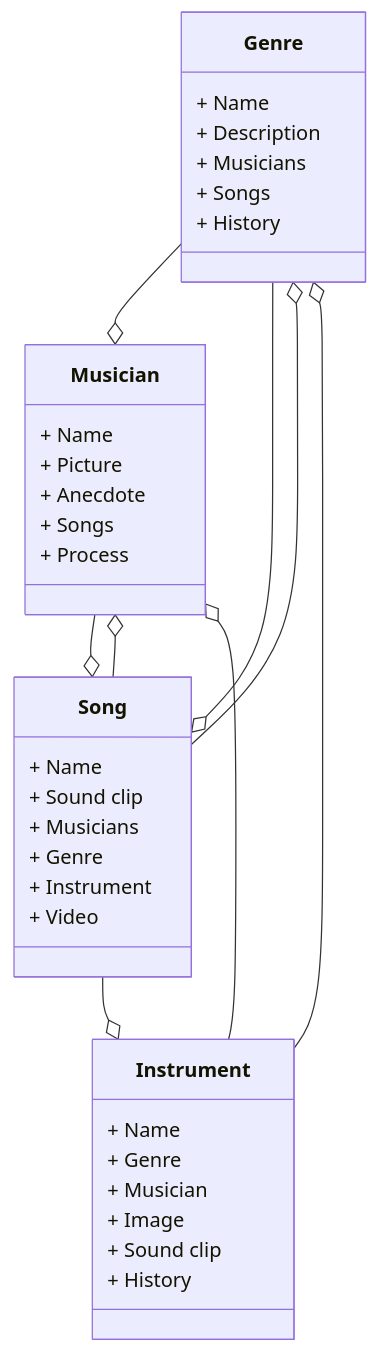
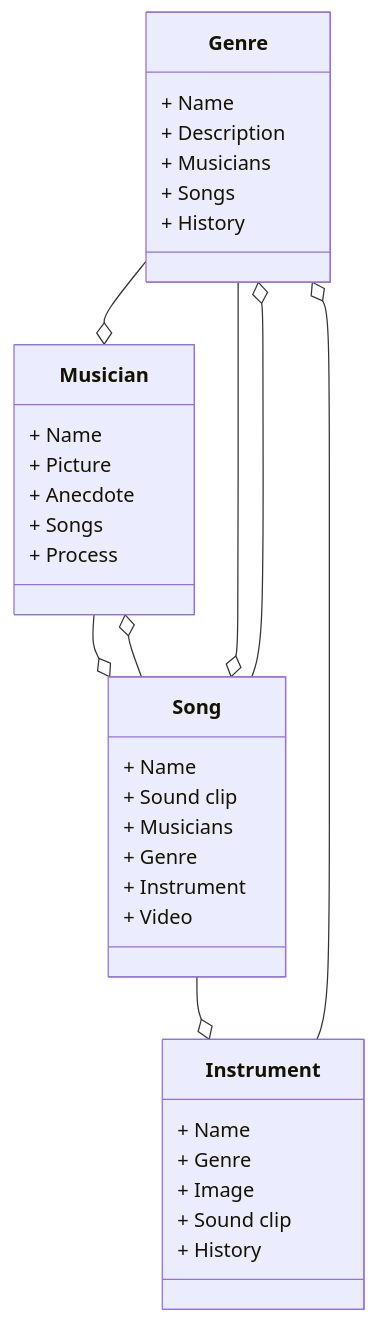
One commit to travis-kuenzi/Mongo-Driven-Website-Term-Project changed the diagram in README.md. Above: the diagram before and after it, drawn with Mermaid.

````diff
--- a/README.md
+++ b/README.md
@@ -11,49 +11,47 @@
 ```mermaid
 classDiagram 
     class Genre {
       + Name
       + Description
       + Musicians
       + Songs
       + History
     }
 
     class Musician {
       + Name
       + Picture
       + Anecdote
       + Songs
       + Process
     }
 
     class Song {
       + Name
       + Sound clip
       + Musicians
       + Genre
       + Instrument
       + Video
     }
 
     class Instrument {
       + Name
       + Genre
-      + Musician
       + Image
       + Sound clip
       + History
     }
 
     %%Links between entities - don't worry too much about details
     Musician --o Song
 
     Genre --o Musician
     Genre --o Song
 
     Song --o Musician
     Song --o Genre
     Song --o Instrument
 
     Instrument --o Genre
-    Instrument --o Musician
 ```
````
